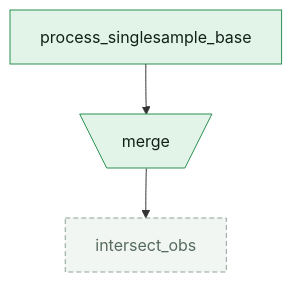
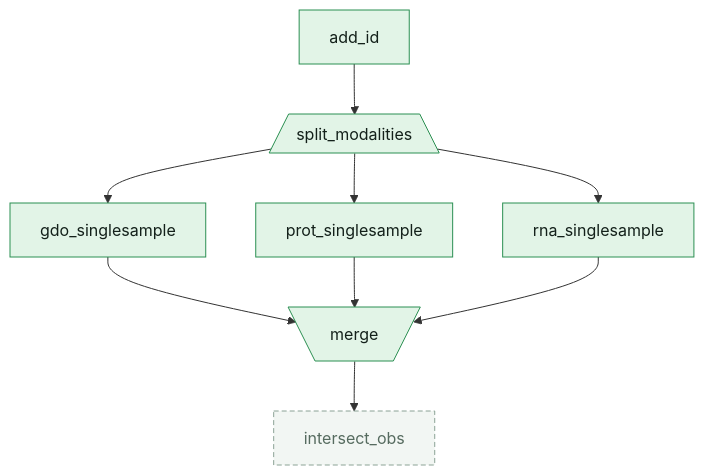
The diagram in reference/openpipeline/v4.2.0/workflows/multiomics/process_singlesample.qmd (openpipelines-bio/openpipeline_docs), drawn with Mermaid before and after one commit. The commit also changed 40 other files, not shown here.

````diff
--- a/reference/openpipeline/v4.2.0/workflows/multiomics/process_singlesample.qmd
+++ b/reference/openpipeline/v4.2.0/workflows/multiomics/process_singlesample.qmd
@@ -170,11 +170,25 @@
 ```{mermaid}
 flowchart TB
-    c_intersect_obs["intersect_obs"]
-    c_merge[\merge/]
-    c_process_singlesample_base["process_singlesample_base"]
-    c_merge --> c_intersect_obs
-    c_process_singlesample_base --> c_merge
-    style c_intersect_obs fill:#f2f6f3,stroke:#8ba295,stroke-dasharray:5 3,color:#566b5f
-    style c_merge fill:#e2f4e7,stroke:#2b8f52,color:#13201a
-    style c_process_singlesample_base fill:#e2f4e7,stroke:#2b8f52,color:#13201a
+    c_dataflow_merge[\merge/]
+    c_dataflow_split_modalities[/split_modalities\]
+    c_filter_intersect_obs["intersect_obs"]
+    c_metadata_add_id["add_id"]
+    c_workflows_gdo_gdo_singlesample["gdo_singlesample"]
+    c_workflows_prot_prot_singlesample["prot_singlesample"]
+    c_workflows_rna_rna_singlesample["rna_singlesample"]
+    c_dataflow_merge --> c_filter_intersect_obs
+    c_dataflow_split_modalities --> c_workflows_gdo_gdo_singlesample
+    c_dataflow_split_modalities --> c_workflows_prot_prot_singlesample
+    c_dataflow_split_modalities --> c_workflows_rna_rna_singlesample
+    c_metadata_add_id --> c_dataflow_split_modalities
+    c_workflows_gdo_gdo_singlesample --> c_dataflow_merge
+    c_workflows_prot_prot_singlesample --> c_dataflow_merge
+    c_workflows_rna_rna_singlesample --> c_dataflow_merge
+    style c_dataflow_merge fill:#e2f4e7,stroke:#2b8f52,color:#13201a
+    style c_dataflow_split_modalities fill:#e2f4e7,stroke:#2b8f52,color:#13201a
+    style c_filter_intersect_obs fill:#f2f6f3,stroke:#8ba295,stroke-dasharray:5 3,color:#566b5f
+    style c_metadata_add_id fill:#e2f4e7,stroke:#2b8f52,color:#13201a
+    style c_workflows_gdo_gdo_singlesample fill:#e2f4e7,stroke:#2b8f52,color:#13201a
+    style c_workflows_prot_prot_singlesample fill:#e2f4e7,stroke:#2b8f52,color:#13201a
+    style c_workflows_rna_rna_singlesample fill:#e2f4e7,stroke:#2b8f52,color:#13201a
 ```
````
